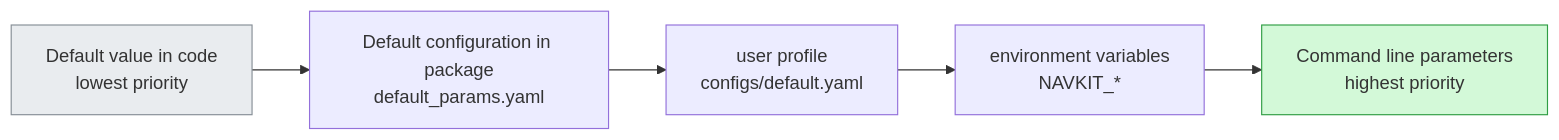
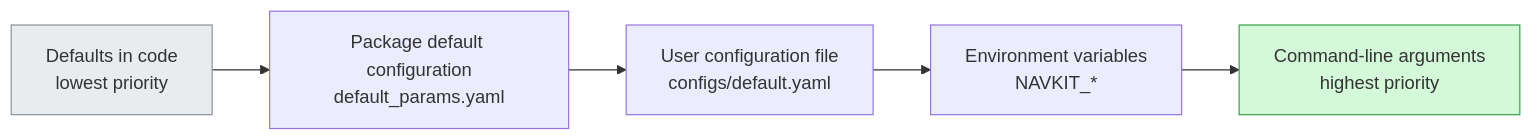
Diagram 14 of 22 in _translations/en/research/Python-Engineering-Survey.md (TingdeLiu/tingdeliu.github.io), drawn with Mermaid before and after one commit. The commit also changed other lines of this file and 51 other files, not shown here.

````diff
--- a/_translations/en/research/Python-Engineering-Survey.md
+++ b/_translations/en/research/Python-Engineering-Survey.md
@@ -1236,9 +1236,9 @@
 ```mermaid
 flowchart LR
-    A["Default value in code<br/>lowest priority"] --> B["Default configuration in package<br/>default_params.yaml"]
-    B --> C["user profile<br/>configs/default.yaml"]
-    C --> D["environment variables<br/>NAVKIT_*"]
-    D --> E["Command line parameters<br/>highest priority"]
+    A["Defaults in code<br/>lowest priority"] --> B["Package default configuration<br/>default_params.yaml"]
+    B --> C["User configuration file<br/>configs/default.yaml"]
+    C --> D["Environment variables<br/>NAVKIT_*"]
+    D --> E["Command-line arguments<br/>highest priority"]
     style A fill:#e9ecef,stroke:#868e96
     style E fill:#d3f9d8,stroke:#2f9e44
 ```
````
